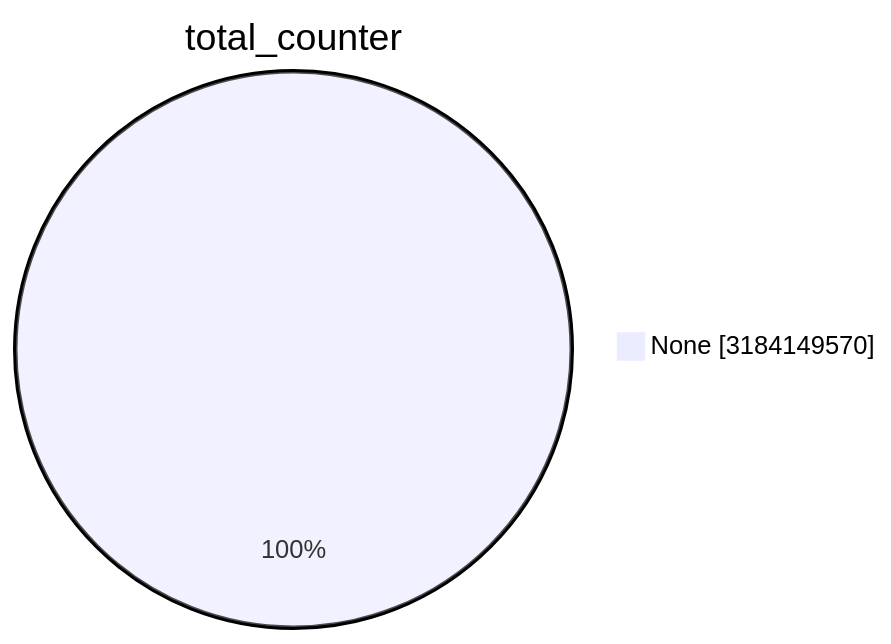
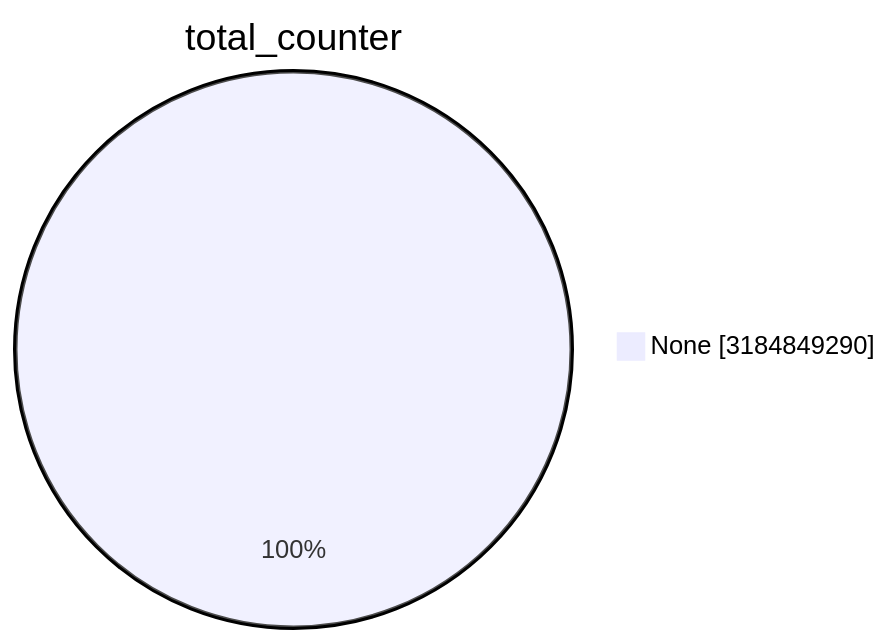
Before and after one commit to christiankrug/ctmonitor_visualization: the first of 15 diagrams in TOTAL/README.md, drawn with Mermaid. The commit also changed other lines of this file, not shown here.

````diff
--- a/TOTAL/README.md
+++ b/TOTAL/README.md
@@ -1,5 +1,5 @@
 ```mermaid
 pie showData
 title total_counter
-"None" :3184149570
+"None" :3184849290
 ```
````
